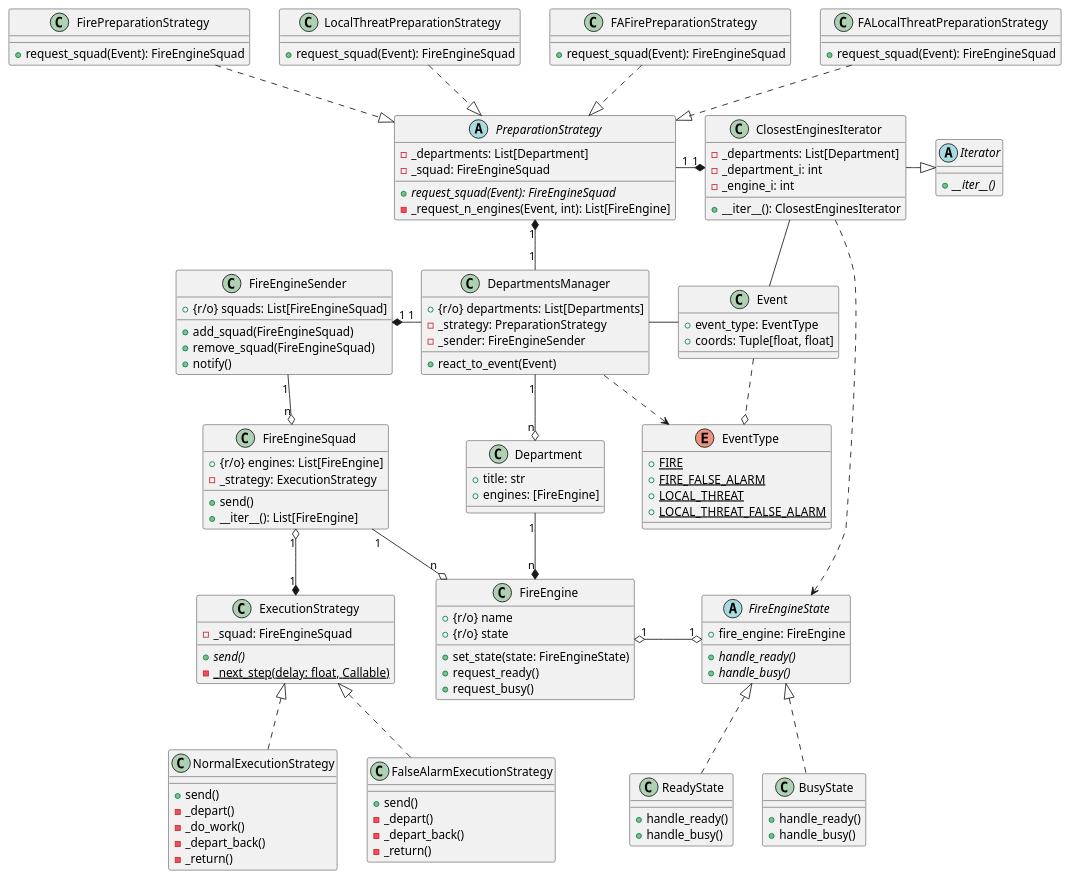
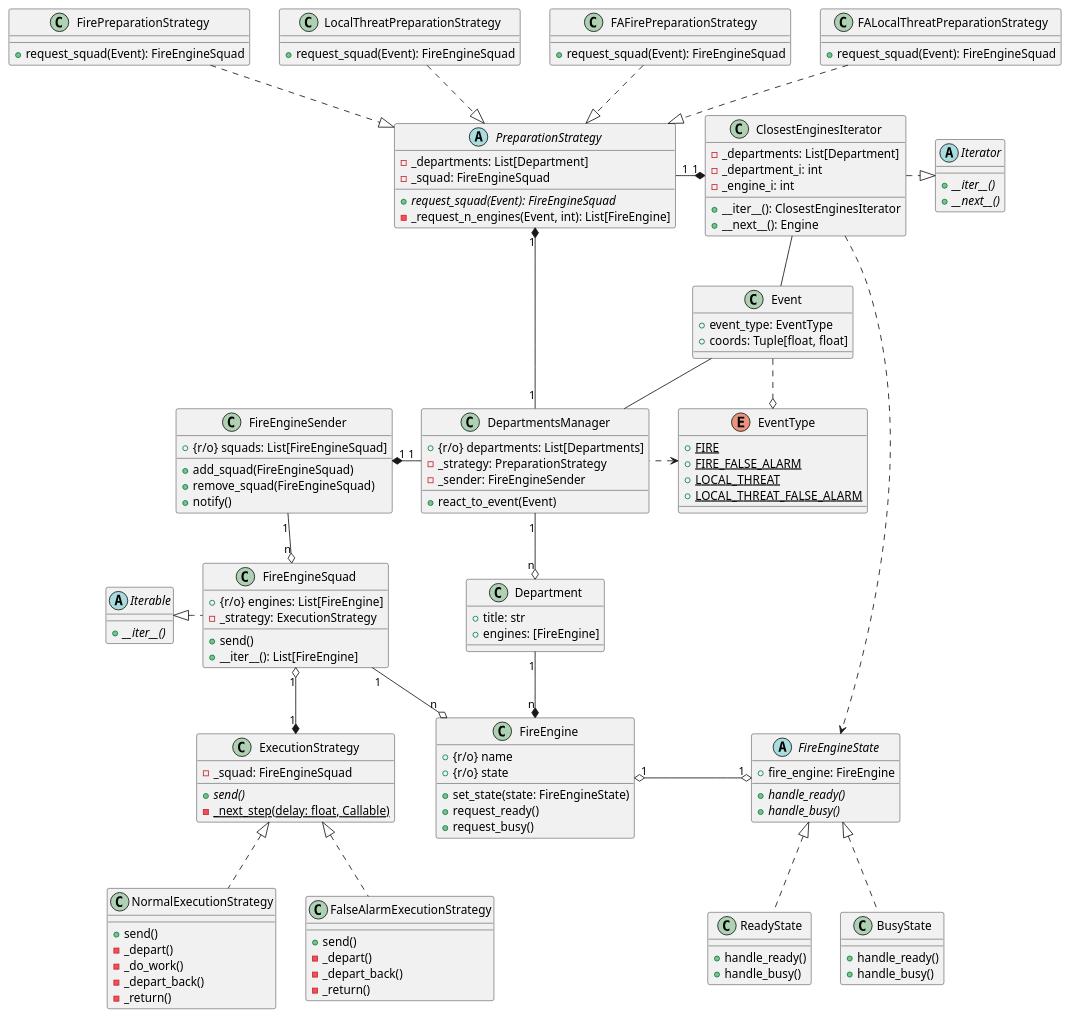
One commit to idfortytwo/to changed the diagram in lab5/uml.puml. Above: the diagram before and after it, drawn with PlantUML. The commit also changed 1 other file, not shown here.

Commit message:
UML iterators

```diff
--- a/lab5/uml.puml
+++ b/lab5/uml.puml
@@ -1,136 +1,142 @@
 @startuml
 
 abstract class FireEngineState {
     + fire_engine: FireEngine
     + {abstract} handle_ready()
     + {abstract} handle_busy()
 }
 class ReadyState {
     + handle_ready()
     + handle_busy()
 }
 class BusyState {
     + handle_ready()
     + handle_busy()
 }
 ReadyState .u-|> FireEngineState
 BusyState .u-|> FireEngineState
 
 class FireEngine {
     + {r/o} name
     + {r/o} state
     + set_state(state: FireEngineState)
     + request_ready()
     + request_busy()
 }
 FireEngine "1" o-r-o "1" FireEngineState
 
+abstract class Iterable {
+    + {abstract} __iter__()
+}
 class FireEngineSquad {
     + {r/o} engines: List[FireEngine]
     - _strategy: ExecutionStrategy
     + send()
     + __iter__(): List[FireEngine]
 }
 FireEngineSquad "1" --o "n" FireEngine
 FireEngineSquad "1" o-d-* "1" ExecutionStrategy
 
 
 enum EventType {
     + {static} FIRE
     + {static} FIRE_FALSE_ALARM
     + {static} LOCAL_THREAT
     + {static} LOCAL_THREAT_FALSE_ALARM
 }
 class Event {
     + event_type: EventType
     + coords: Tuple[float, float]
 }
 Event .d-o EventType
 
 class Department {
     + title: str
     + engines: [FireEngine]
 }
 abstract class Iterator {
     + {abstract} __iter__()
+    + {abstract} __next__()
 }
 class ClosestEnginesIterator {
     - _departments: List[Department]
     - _department_i: int
     - _engine_i: int
     + __iter__(): ClosestEnginesIterator
+    + __next__(): Engine
 }
-ClosestEnginesIterator --r|> Iterator
+ClosestEnginesIterator .-r|> Iterator
 ClosestEnginesIterator -- Event
 ClosestEnginesIterator .-> FireEngineState
 
 Department "1" --* "n" FireEngine
 
 abstract class PreparationStrategy {
     - _departments: List[Department]
     - _squad: FireEngineSquad
     + {abstract}  request_squad(Event): FireEngineSquad
     - _request_n_engines(Event, int): List[FireEngine]
 }
 PreparationStrategy "1" -r-* "1" ClosestEnginesIterator
 class FirePreparationStrategy {
     + request_squad(Event): FireEngineSquad
 }
 class LocalThreatPreparationStrategy {
     + request_squad(Event): FireEngineSquad
 }
 class FAFirePreparationStrategy {
     + request_squad(Event): FireEngineSquad
 }
 class FALocalThreatPreparationStrategy {
     + request_squad(Event): FireEngineSquad
 }
 FirePreparationStrategy .d-|> PreparationStrategy
 LocalThreatPreparationStrategy .d-|> PreparationStrategy
 FAFirePreparationStrategy .d-|> PreparationStrategy
 FALocalThreatPreparationStrategy .d-|> PreparationStrategy
 
 class ExecutionStrategy {
     - _squad: FireEngineSquad
     + {abstract} send()
     - {static} _next_step(delay: float, Callable)
 }
 class NormalExecutionStrategy {
     + send()
     - _depart()
     - _do_work()
     - _depart_back()
     - _return()
 }
 class FalseAlarmExecutionStrategy {
     + send()
     - _depart()
     - _depart_back()
     - _return()
 }
 NormalExecutionStrategy .u-|> ExecutionStrategy
 FalseAlarmExecutionStrategy .u-|> ExecutionStrategy
 
 
 class DepartmentsManager {
     + {r/o} departments: List[Departments]
     - _strategy: PreparationStrategy
     - _sender: FireEngineSender
     + react_to_event(Event)
 }
 DepartmentsManager "1" -u-* "1" PreparationStrategy
 DepartmentsManager -r- Event
 DepartmentsManager .l-> EventType
 DepartmentsManager "1" --o "n" Department
 
 
 class FireEngineSender {
     + {r/o} squads: List[FireEngineSquad]
     + add_squad(FireEngineSquad)
     + remove_squad(FireEngineSquad)
     + notify()
 }
 DepartmentsManager "1" -l-* "1" FireEngineSender
+FireEngineSquad .u|> Iterable
 FireEngineSender "1" -d-o "n" FireEngineSquad
 
 @enduml
```
